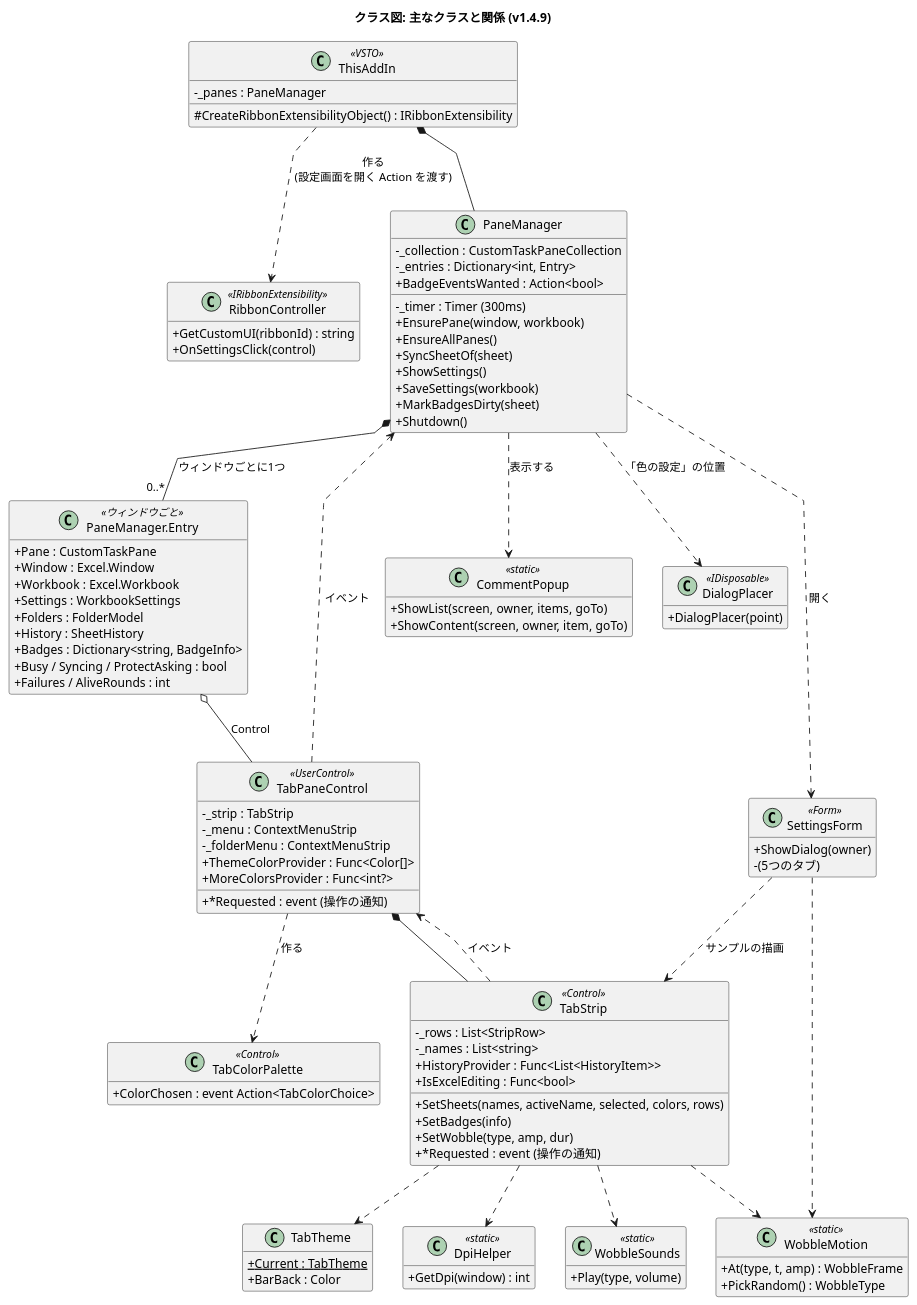
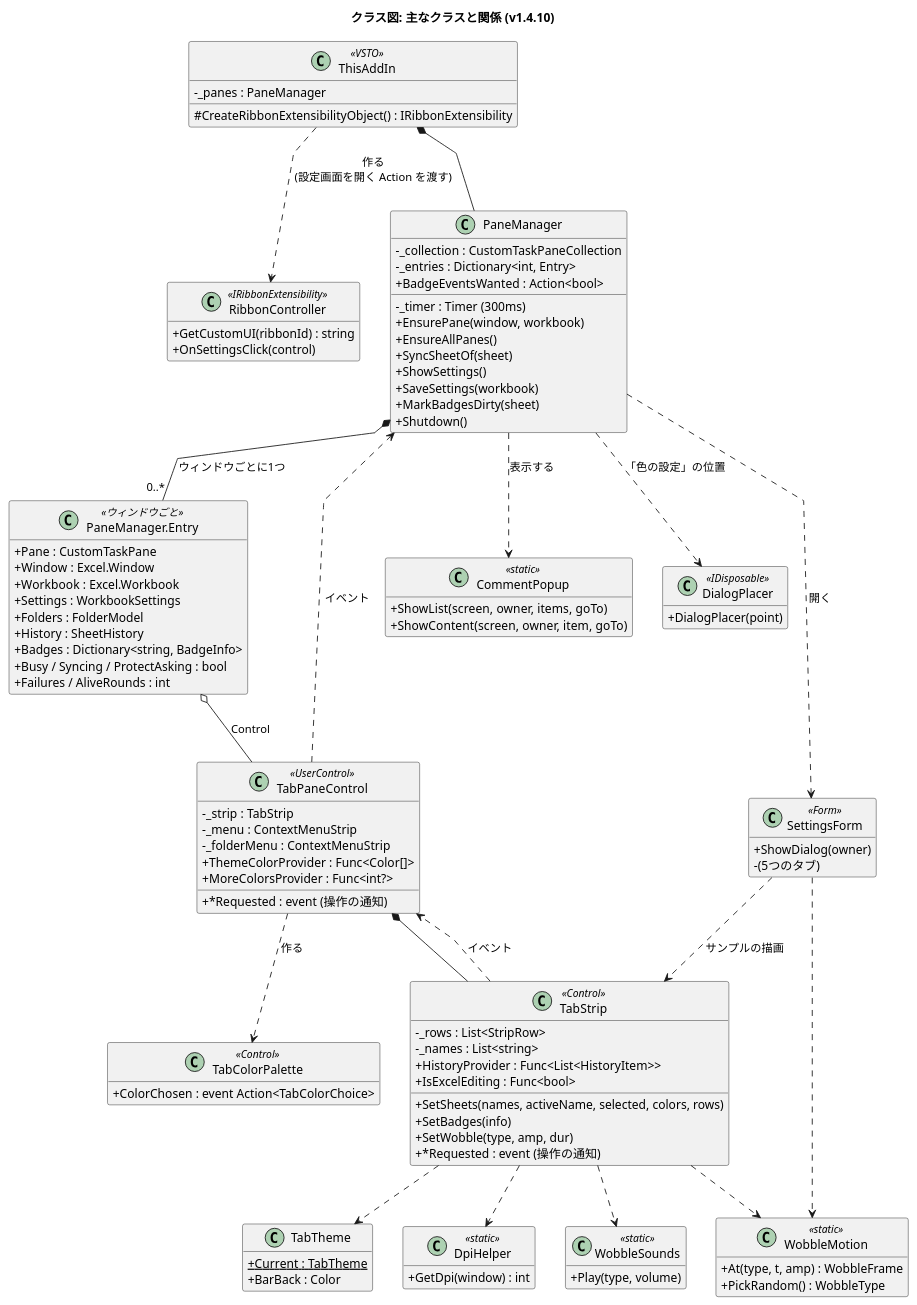
The diagram in docs/class-structure.puml (nk-taka623/VerticalSheetTabs), drawn with PlantUML before and after one commit. The commit also changed 14 other files, not shown here.

Commit message:
v1.4.10 にする (バージョン、README の変更点、Agents.md、図)

```diff
--- a/docs/class-structure.puml
+++ b/docs/class-structure.puml
@@ -1,117 +1,117 @@
 @startuml
-title クラス図: 主なクラスと関係 (v1.4.9)
+title クラス図: 主なクラスと関係 (v1.4.10)
 skinparam shadowing false
 skinparam classAttributeIconSize 0
 skinparam linetype polyline
 hide empty members
 
 class ThisAddIn <<VSTO>> {
   -_panes : PaneManager
   #CreateRibbonExtensibilityObject() : IRibbonExtensibility
 }
 
 class RibbonController <<IRibbonExtensibility>> {
   +GetCustomUI(ribbonId) : string
   +OnSettingsClick(control)
 }
 
 class PaneManager {
   -_collection : CustomTaskPaneCollection
   -_entries : Dictionary<int, Entry>
   -_timer : Timer (300ms)
   +BadgeEventsWanted : Action<bool>
   +EnsurePane(window, workbook)
   +EnsureAllPanes()
   +SyncSheetOf(sheet)
   +ShowSettings()
   +SaveSettings(workbook)
   +MarkBadgesDirty(sheet)
   +Shutdown()
 }
 
 class "PaneManager.Entry" as Entry <<ウィンドウごと>> {
   +Pane : CustomTaskPane
   +Window : Excel.Window
   +Workbook : Excel.Workbook
   +Settings : WorkbookSettings
   +Folders : FolderModel
   +History : SheetHistory
   +Badges : Dictionary<string, BadgeInfo>
   +Busy / Syncing / ProtectAsking : bool
   +Failures / AliveRounds : int
 }
 
 class TabPaneControl <<UserControl>> {
   -_strip : TabStrip
   -_menu : ContextMenuStrip
   -_folderMenu : ContextMenuStrip
   +ThemeColorProvider : Func<Color[]>
   +MoreColorsProvider : Func<int?>
   +*Requested : event (操作の通知)
 }
 
 class TabStrip <<Control>> {
   -_rows : List<StripRow>
   -_names : List<string>
   +SetSheets(names, activeName, selected, colors, rows)
   +SetBadges(info)
   +SetWobble(type, amp, dur)
   +*Requested : event (操作の通知)
   +HistoryProvider : Func<List<HistoryItem>>
   +IsExcelEditing : Func<bool>
 }
 
 class TabColorPalette <<Control>> {
   +ColorChosen : event Action<TabColorChoice>
 }
 
 class SettingsForm <<Form>> {
   +ShowDialog(owner)
   -(5つのタブ)
 }
 
 class CommentPopup <<static>> {
   +ShowList(screen, owner, items, goTo)
   +ShowContent(screen, owner, item, goTo)
 }
 
 class DialogPlacer <<IDisposable>> {
   +DialogPlacer(point)
 }
 
 class TabTheme {
   +Current : TabTheme {static}
   +BarBack : Color
 }
 
 class DpiHelper <<static>> {
   +GetDpi(window) : int
 }
 
 class WobbleMotion <<static>> {
   +At(type, t, amp) : WobbleFrame
   +PickRandom() : WobbleType
 }
 
 class WobbleSounds <<static>> {
   +Play(type, volume)
 }
 
 ThisAddIn *-- PaneManager
 ThisAddIn ..> RibbonController : 作る\n(設定画面を開く Action を渡す)
 PaneManager *-- "0..*" Entry : ウィンドウごとに1つ
 Entry o-- TabPaneControl : Control
 TabPaneControl *-- TabStrip
 TabPaneControl ..> TabColorPalette : 作る
 TabStrip ..> TabPaneControl : イベント
 TabPaneControl ..> PaneManager : イベント
 PaneManager ..> SettingsForm : 開く
 PaneManager ..> CommentPopup : 表示する
 PaneManager ..> DialogPlacer : 「色の設定」の位置
 SettingsForm ..> TabStrip : サンプルの描画
 TabStrip ..> TabTheme
 TabStrip ..> DpiHelper
 TabStrip ..> WobbleMotion
 TabStrip ..> WobbleSounds
 SettingsForm ..> WobbleMotion
 @enduml
```
